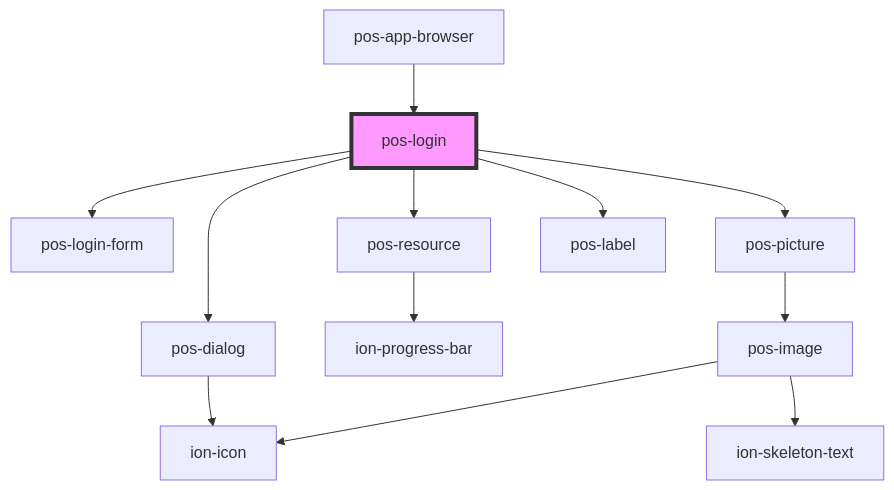
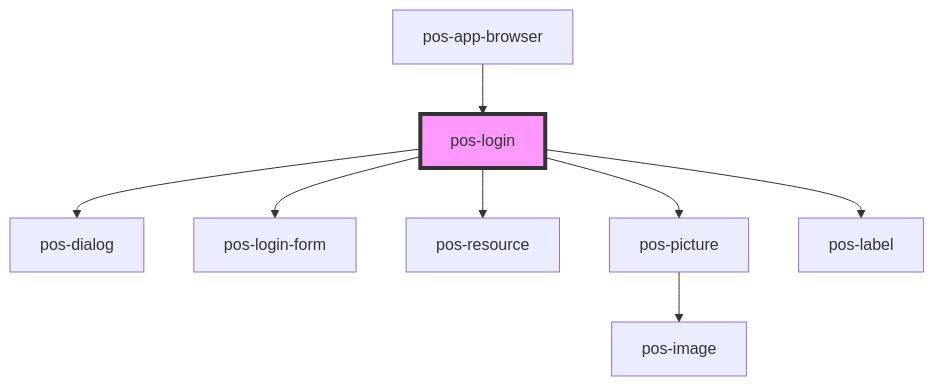
One commit to pod-os/PodOS changed the diagram in docs/elements/components/pos-login/readme.md. Above: the diagram before and after it, drawn with Mermaid. The commit also changed 31 other files, not shown here.

````diff
--- a/docs/elements/components/pos-login/readme.md
+++ b/docs/elements/components/pos-login/readme.md
@@ -30,15 +30,11 @@
 ```mermaid
 graph TD;
   pos-login --> pos-dialog
   pos-login --> pos-login-form
   pos-login --> pos-resource
   pos-login --> pos-picture
   pos-login --> pos-label
-  pos-dialog --> ion-icon
-  pos-resource --> ion-progress-bar
   pos-picture --> pos-image
-  pos-image --> ion-skeleton-text
-  pos-image --> ion-icon
   pos-app-browser --> pos-login
   style pos-login fill:#f9f,stroke:#333,stroke-width:4px
 ```
````
